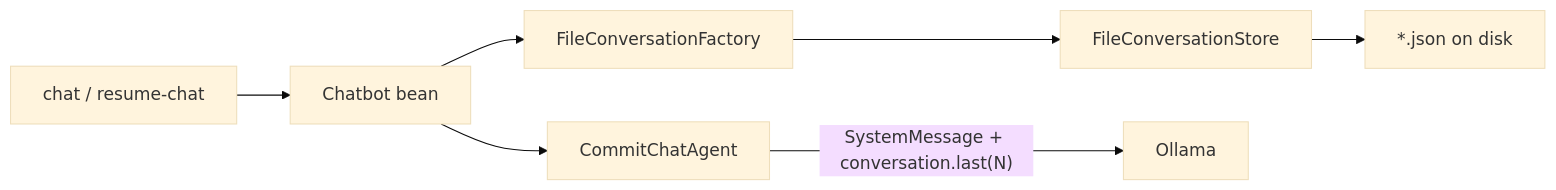
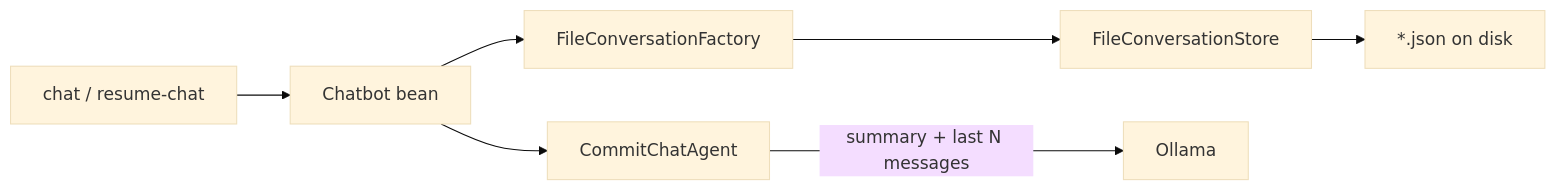
The diagram in TUTORIAL_MEMORY.md (pbego/simple-embable-demo), drawn with Mermaid (base theme) before and after one commit. The commit also changed other lines of this file and 18 other files, not shown here.

````diff
--- a/TUTORIAL_MEMORY.md
+++ b/TUTORIAL_MEMORY.md
@@ -106,16 +118,16 @@
 ```mermaid
 flowchart LR
   chatCmd["chat / resume-chat"]
   Chatbot["Chatbot bean"]
   Factory["FileConversationFactory"]
   Store["FileConversationStore"]
   Disk["*.json on disk"]
   Agent["CommitChatAgent"]
 
   chatCmd --> Chatbot
   Chatbot --> Factory
   Factory --> Store
   Store --> Disk
   Chatbot --> Agent
-  Agent -->|"SystemMessage + conversation.last(N)"| LLM[Ollama]
+  Agent -->|"summary + last N messages"| LLM[Ollama]
 ```
````
